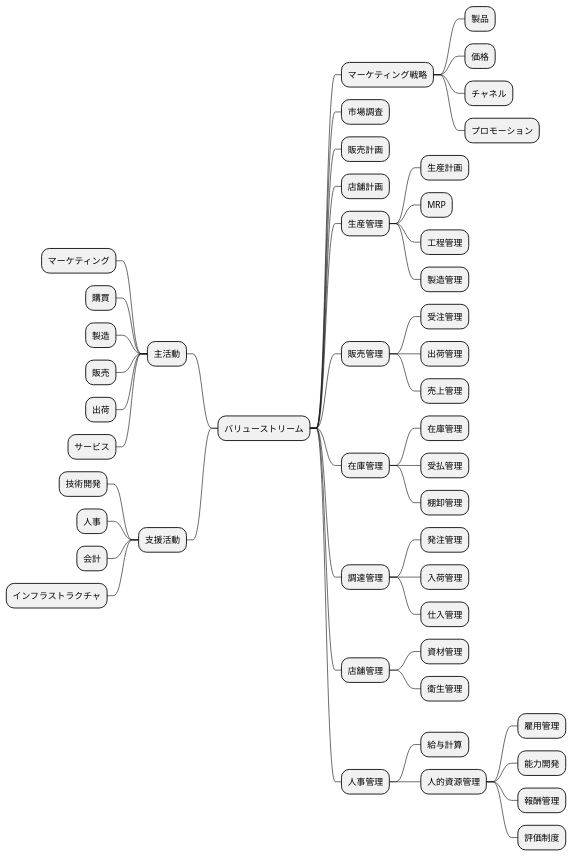
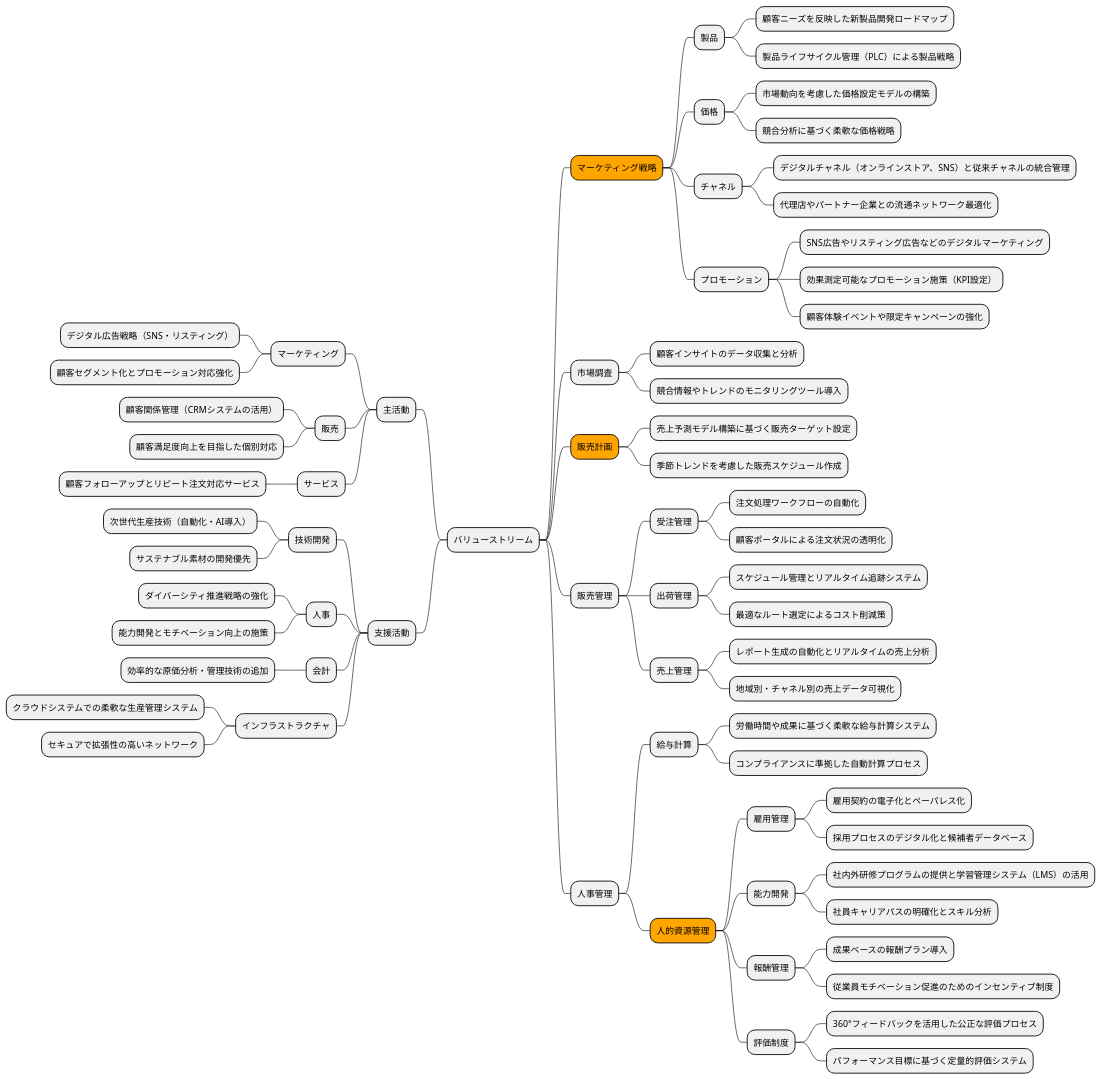
Diagram 12 of 19 in docs/case/r03_case_1.adoc (k2works/case-study-business-analysis), drawn with PlantUML before and after one commit. The commit also changed other lines of this file, not shown here.

```diff
--- a/docs/case/r03_case_1.adoc
+++ b/docs/case/r03_case_1.adoc
@@ -451,58 +512,79 @@
 [plantuml]
 ----
 @startmindmap
 
 * バリューストリーム
 left side
 ** 主活動
 *** マーケティング
-*** 購買
-*** 製造
+**** デジタル広告戦略（SNS・リスティング）
+**** 顧客セグメント化とプロモーション対応強化
 *** 販売
-*** 出荷
+**** 顧客関係管理（CRMシステムの活用）
+**** 顧客満足度向上を目指した個別対応
 *** サービス
+**** 顧客フォローアップとリピート注文対応サービス
 ** 支援活動
 *** 技術開発
+**** 次世代生産技術（自動化・AI導入）
+**** サステナブル素材の開発優先
 *** 人事
+**** ダイバーシティ推進戦略の強化
+**** 能力開発とモチベーション向上の施策
 *** 会計
+**** 効率的な原価分析・管理技術の追加
 *** インフラストラクチャ
+**** クラウドシステムでの柔軟な生産管理システム
+**** セキュアで拡張性の高いネットワーク
+
 right side
-** マーケティング戦略
+**[#orange] マーケティング戦略
 *** 製品
+**** 顧客ニーズを反映した新製品開発ロードマップ
+**** 製品ライフサイクル管理（PLC）による製品戦略
 *** 価格
+**** 市場動向を考慮した価格設定モデルの構築
+**** 競合分析に基づく柔軟な価格戦略
 *** チャネル
+**** デジタルチャネル（オンラインストア、SNS）と従来チャネルの統合管理
+**** 代理店やパートナー企業との流通ネットワーク最適化
 *** プロモーション
+**** SNS広告やリスティング広告などのデジタルマーケティング
+**** 効果測定可能なプロモーション施策（KPI設定）
+**** 顧客体験イベントや限定キャンペーンの強化
 ** 市場調査
-** 販売計画
-** 店舗計画
-** 生産管理
-*** 生産計画
-*** MRP
-*** 工程管理
-*** 製造管理
+*** 顧客インサイトのデータ収集と分析
+*** 競合情報やトレンドのモニタリングツール導入
+**[#orange] 販売計画
+*** 売上予測モデル構築に基づく販売ターゲット設定
+*** 季節トレンドを考慮した販売スケジュール作成
 ** 販売管理
 *** 受注管理
+**** 注文処理ワークフローの自動化
+**** 顧客ポータルによる注文状況の透明化
 *** 出荷管理
+**** スケジュール管理とリアルタイム追跡システム
+**** 最適なルート選定によるコスト削減策
 *** 売上管理
-** 在庫管理
-*** 在庫管理
-*** 受払管理
-*** 棚卸管理
-** 調達管理
-*** 発注管理
-*** 入荷管理
-*** 仕入管理
-** 店舗管理
-*** 資材管理
-*** 衛生管理
+**** レポート生成の自動化とリアルタイムの売上分析
+**** 地域別・チャネル別の売上データ可視化
 ** 人事管理
 *** 給与計算
-*** 人的資源管理
+**** 労働時間や成果に基づく柔軟な給与計算システム
+**** コンプライアンスに準拠した自動計算プロセス
+***[#orange] 人的資源管理
 **** 雇用管理
+***** 雇用契約の電子化とペーパレス化
+***** 採用プロセスのデジタル化と候補者データベース
 **** 能力開発
+***** 社内外研修プログラムの提供と学習管理システム（LMS）の活用
+***** 社員キャリアパスの明確化とスキル分析
 **** 報酬管理
+***** 成果ベースの報酬プラン導入
+***** 従業員モチベーション促進のためのインセンティブ制度
 **** 評価制度
-
+***** 360°フィードバックを活用した公正な評価プロセス
+***** パフォーマンス目標に基づく定量的評価システム
 
 @endmindmap
 ----
```
